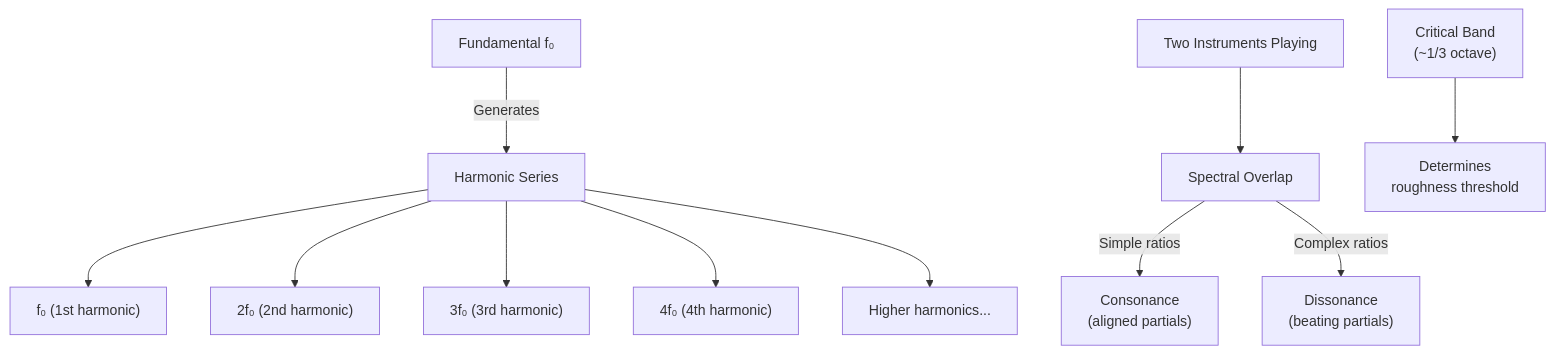
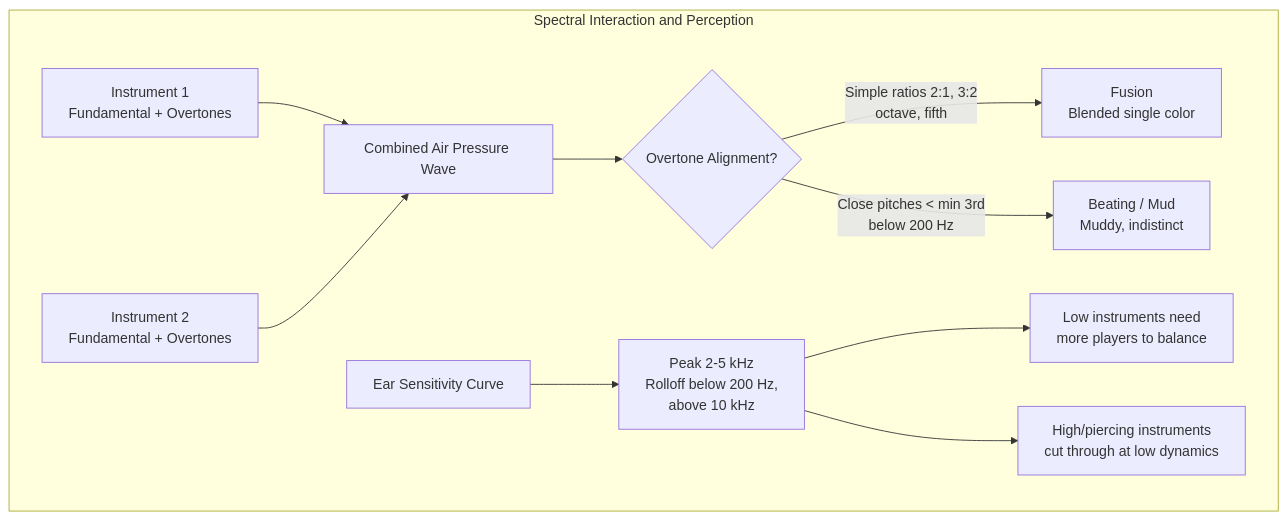
Before and after one commit to blebleblee/synapse: the first of 4 diagrams in topics/arts/composition/orchestration/lesson_04_coordinating_instruments.md, drawn with Mermaid. The commit also changed other lines of this file and 4 other files, not shown here.

````diff
--- a/topics/arts/composition/orchestration/lesson_04_coordinating_instruments.md
+++ b/topics/arts/composition/orchestration/lesson_04_coordinating_instruments.md
@@ -13,15 +21,13 @@
 ```mermaid
 graph TB
-    A["Fundamental f₀"] -->|"Generates"| B["Harmonic Series"]
-    B --> C["f₀ (1st harmonic)"]
-    B --> D["2f₀ (2nd harmonic)"]
-    B --> E["3f₀ (3rd harmonic)"]
-    B --> F["4f₀ (4th harmonic)"]
-    B --> G["Higher harmonics..."]
-    
-    H["Two Instruments Playing"] --> I["Spectral Overlap"]
-    I -->|"Simple ratios"| J["Consonance<br/>(aligned partials)"]
-    I -->|"Complex ratios"| K["Dissonance<br/>(beating partials)"]
-    
-    L["Critical Band<br/>(~1/3 octave)"] --> M["Determines<br/>roughness threshold"]
+    subgraph sub_spectral_interaction ["Spectral Interaction and Perception"]
+        A["Instrument 1<br/>Fundamental + Overtones"] --> C["Combined Air Pressure Wave"]
+        B["Instrument 2<br/>Fundamental + Overtones"] --> C
+        C --> D{"Overtone Alignment?"}
+        D -->|"Simple ratios 2:1, 3:2<br/>octave, fifth"| E["Fusion<br/>Blended single color"]
+        D -->|"Close pitches < min 3rd<br/>below 200 Hz"| F["Beating / Mud<br/>Muddy, indistinct"]
+        G["Ear Sensitivity Curve"] --> H["Peak 2-5 kHz<br/>Rolloff below 200 Hz,<br/>above 10 kHz"]
+        H --> I["Low instruments need<br/>more players to balance"]
+        H --> J["High/piercing instruments<br/>cut through at low dynamics"]
+    end
 ```
````
